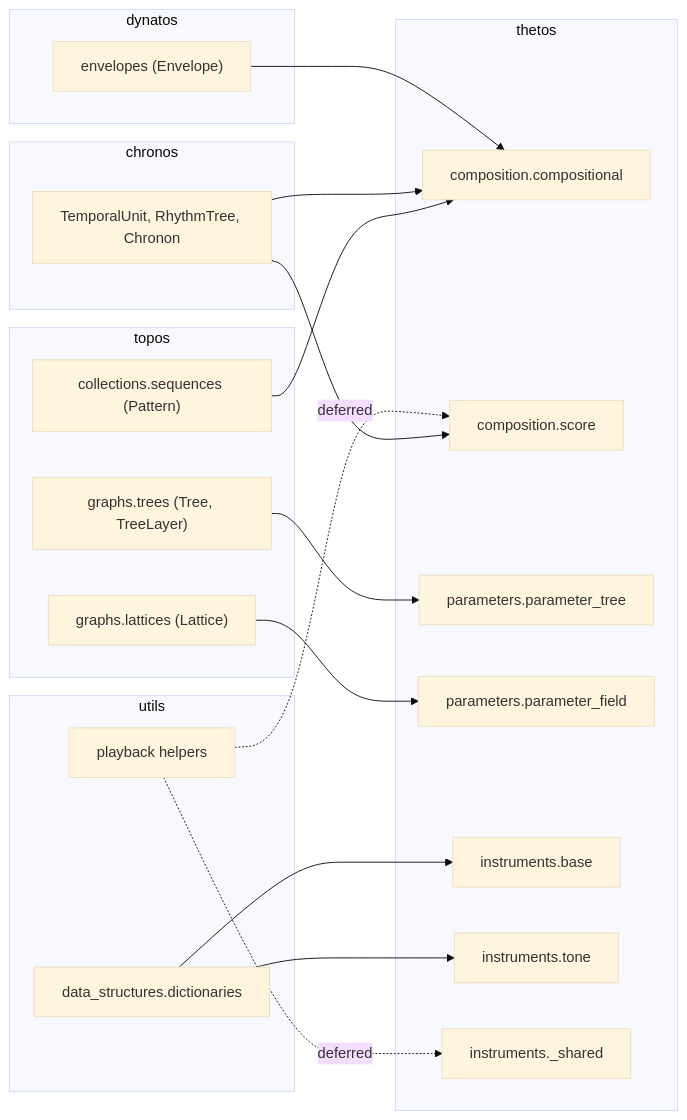
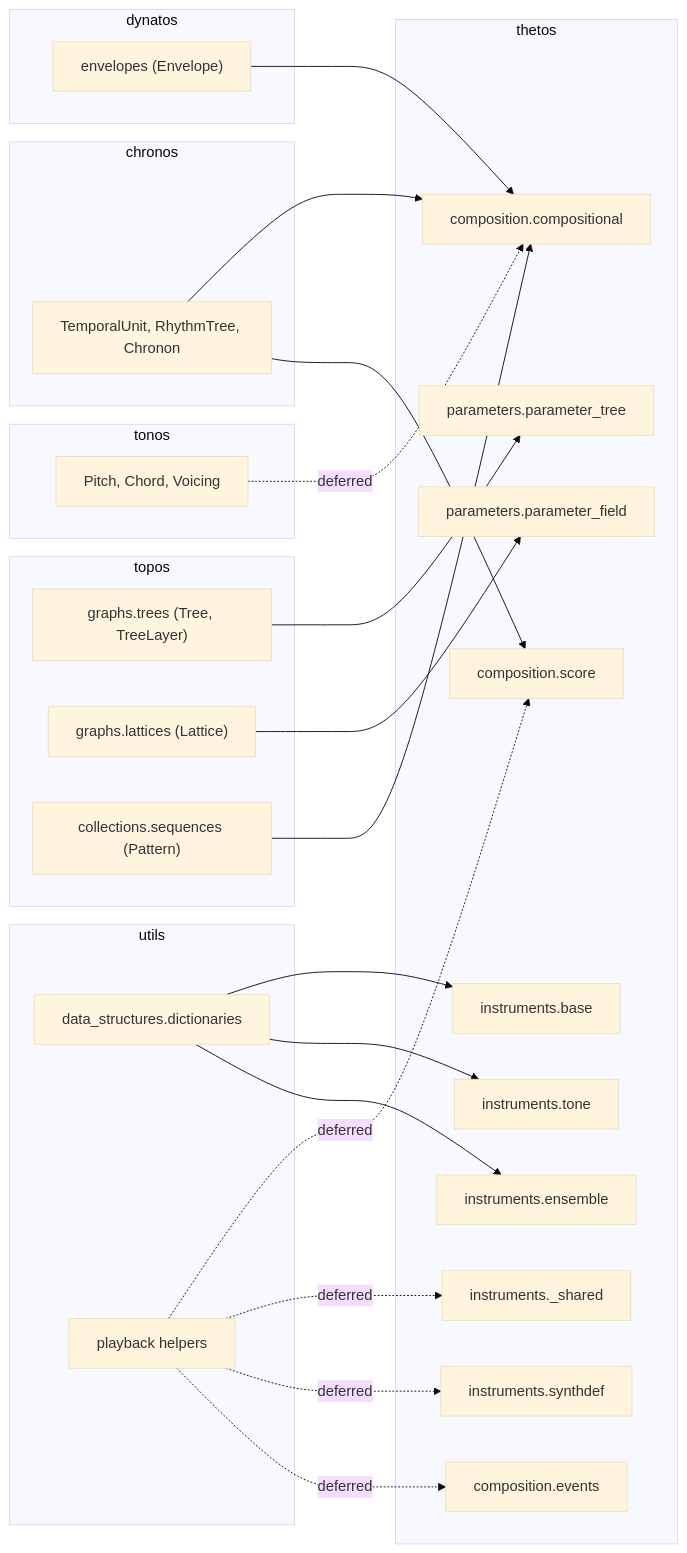
The fifth of 7 diagrams in docs/architecture/13_IMPORT_GRAPH.md (kr4g/Klotho), drawn with Mermaid (base theme) before and after one commit. The commit also changed other lines of this file and 14 other files, not shown here.

First line of the commit message:
Refresh architecture docs and Sphinx index for 10.x API (10.11.1)

````diff
--- a/docs/architecture/13_IMPORT_GRAPH.md
+++ b/docs/architecture/13_IMPORT_GRAPH.md
@@ -259,42 +277,53 @@
 ```mermaid
 flowchart LR
     subgraph thetos
         comp["composition.compositional"]
         score["composition.score"]
+        events["composition.events"]
         pt["parameters.parameter_tree"]
         pf["parameters.parameter_field"]
         inst_base["instruments.base"]
         inst_tone["instruments.tone"]
+        inst_sdef["instruments.synthdef"]
+        inst_ens["instruments.ensemble"]
         inst_shared["instruments._shared"]
     end
 
     subgraph topos
         tree["graphs.trees (Tree, TreeLayer)"]
         lattice["graphs.lattices (Lattice)"]
         pattern["collections.sequences (Pattern)"]
     end
 
     subgraph chronos
         ut["TemporalUnit, RhythmTree, Chronon"]
+    end
+
+    subgraph tonos
+        tpitch["Pitch, Chord, Voicing"]
     end
 
     subgraph dynatos
         env["envelopes (Envelope)"]
     end
 
     subgraph utils
         safedict["data_structures.dictionaries"]
         playback["playback helpers"]
     end
 
     tree --> pt
     lattice --> pf
     pattern --> comp
     ut --> comp
     ut --> score
     env --> comp
+    tpitch -.->|"deferred"| comp
     safedict --> inst_base
     safedict --> inst_tone
     playback -.->|"deferred"| score
     playback -.->|"deferred"| inst_shared
+    playback -.->|"deferred"| inst_sdef
+    playback -.->|"deferred"| events
+    safedict --> inst_ens
 ```
````
